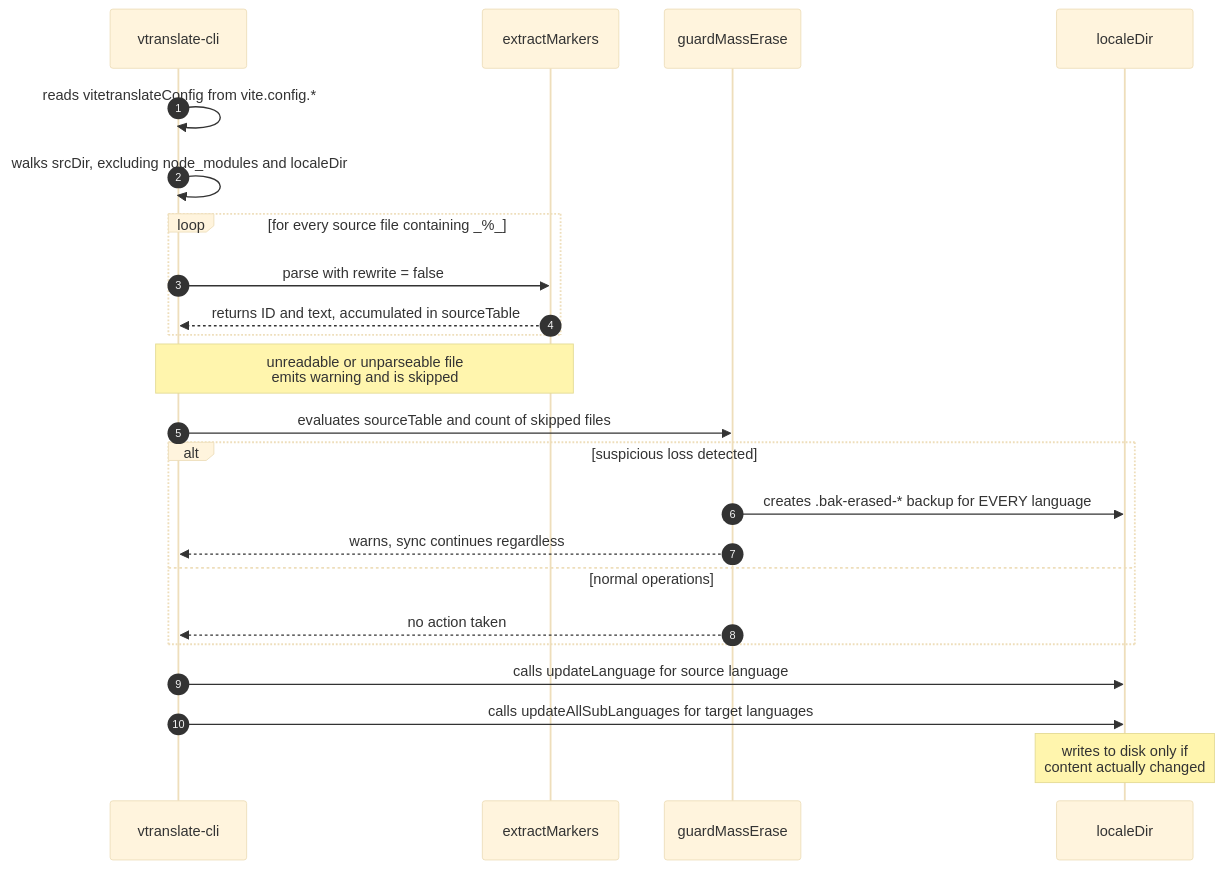
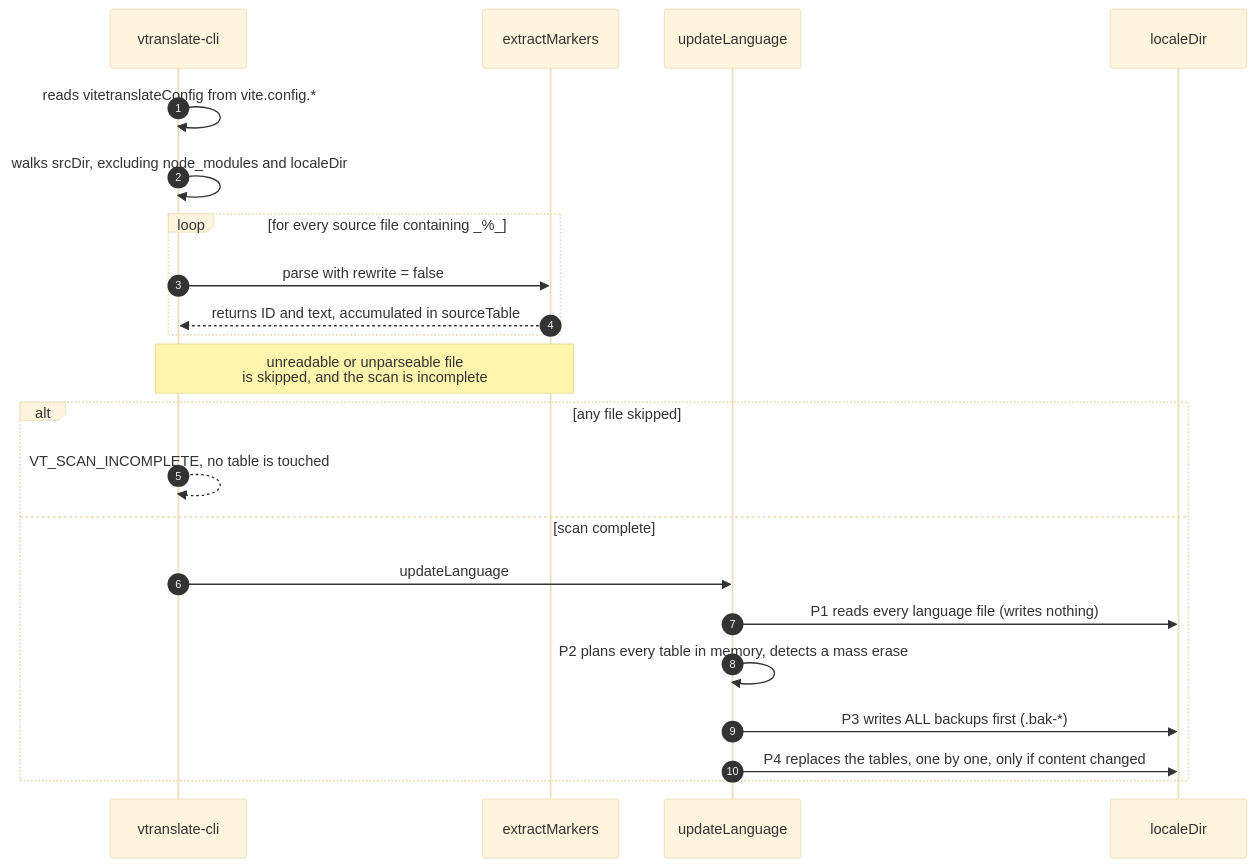
Before and after one commit to sepoina/viteTranslate: the third of 9 diagrams in doc/structure.md, drawn with Mermaid (base theme). The commit also changed other lines of this file and 41 other files, not shown here.

````diff
--- a/doc/structure.md
+++ b/doc/structure.md
@@ -290,29 +292,27 @@
 ```mermaid
 sequenceDiagram
   autonumber
   participant CLI as vtranslate-cli
   participant EX as extractMarkers
-  participant GU as guardMassErase
+  participant UL as updateLanguage
   participant LO as localeDir
 
   CLI->>CLI: reads vitetranslateConfig from vite.config.*
   CLI->>CLI: walks srcDir, excluding node_modules and localeDir
 
   loop for every source file containing _%_
     CLI->>EX: parse with rewrite = false
     EX-->>CLI: returns ID and text, accumulated in sourceTable
   end
-  Note over CLI,EX: unreadable or unparseable file<br/>emits warning and is skipped
+  Note over CLI,EX: unreadable or unparseable file<br/>is skipped, and the scan is incomplete
 
-  CLI->>GU: evaluates sourceTable and count of skipped files
-  alt suspicious loss detected
-    GU->>LO: creates .bak-erased-* backup for EVERY language
-    GU-->>CLI: warns, sync continues regardless
-  else normal operations
-    GU-->>CLI: no action taken
+  alt any file skipped
+    CLI-->>CLI: VT_SCAN_INCOMPLETE, no table is touched
+  else scan complete
+    CLI->>UL: updateLanguage
+    UL->>LO: P1 reads every language file (writes nothing)
+    UL->>UL: P2 plans every table in memory, detects a mass erase
+    UL->>LO: P3 writes ALL backups first (.bak-*)
+    UL->>LO: P4 replaces the tables, one by one, only if content changed
   end
-
-  CLI->>LO: calls updateLanguage for source language
-  CLI->>LO: calls updateAllSubLanguages for target languages
-  Note over LO: writes to disk only if<br/>content actually changed
 ```
````
